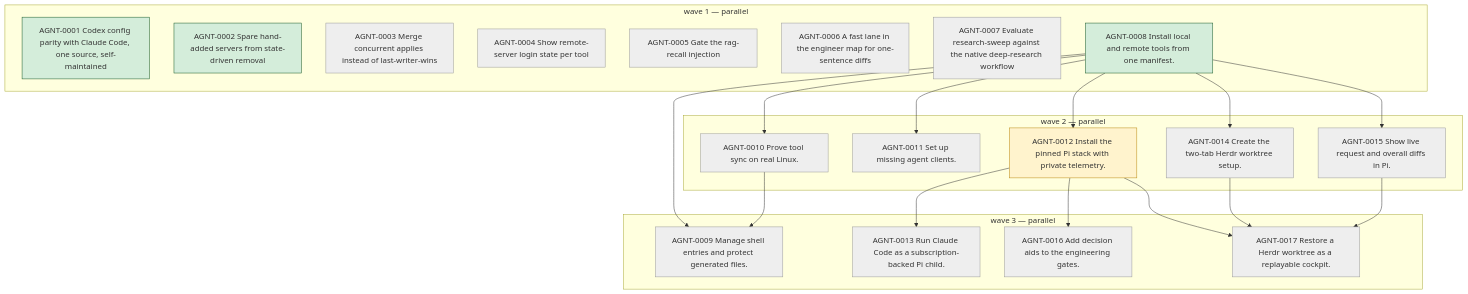
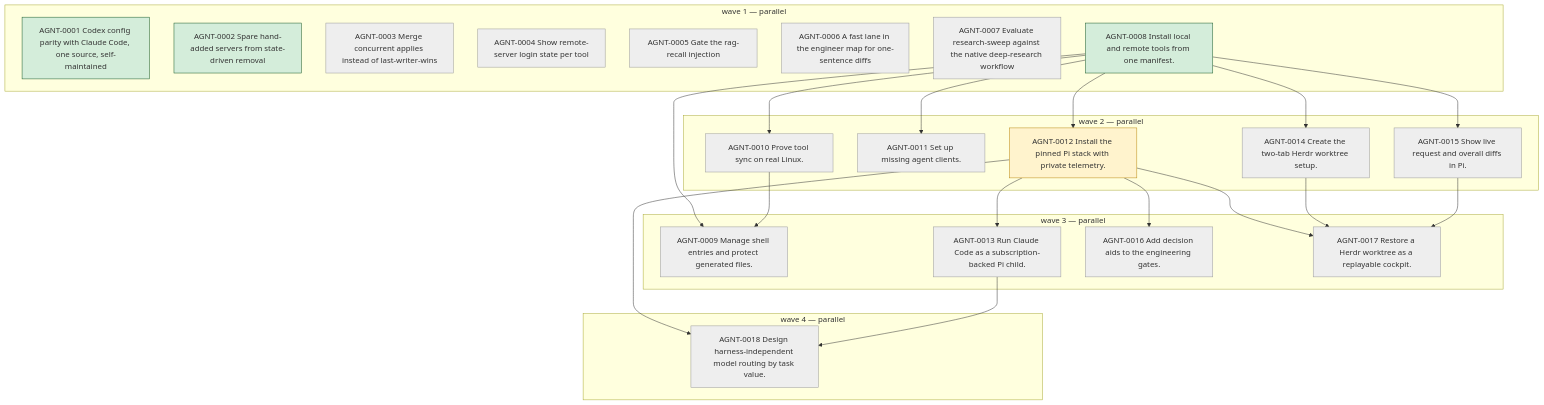
The diagram in .map/roadmap.mmd (OwaisQuadri/agents), drawn with Mermaid before and after one commit. The commit also changed 1 other file, not shown here.

Commit message:
map(AGNT-0012): phase 22 tickets

```diff
--- a/.map/roadmap.mmd
+++ b/.map/roadmap.mmd
@@ -1,41 +1,46 @@
 flowchart TD
   classDef todo fill:#eeeeee,stroke:#999999
   classDef inprogress fill:#fff3cd,stroke:#b8860b
   classDef resolved fill:#cce5ff,stroke:#004085
   classDef done fill:#d4edda,stroke:#155724
   classDef cancelled fill:#f8d7da,stroke:#721c24,stroke-dasharray: 5 5
   subgraph wave1 ["wave 1 — parallel"]
     AGNT_0001["AGNT-0001 Codex config parity with Claude Code, one source, self-maintained"]:::done
     AGNT_0002["AGNT-0002 Spare hand-added servers from state-driven removal"]:::done
     AGNT_0003["AGNT-0003 Merge concurrent applies instead of last-writer-wins"]:::todo
     AGNT_0004["AGNT-0004 Show remote-server login state per tool"]:::todo
     AGNT_0005["AGNT-0005 Gate the rag-recall injection"]:::todo
     AGNT_0006["AGNT-0006 A fast lane in the engineer map for one-sentence diffs"]:::todo
     AGNT_0007["AGNT-0007 Evaluate research-sweep against the native deep-research workflow"]:::todo
     AGNT_0008["AGNT-0008 Install local and remote tools from one manifest."]:::done
   end
   subgraph wave2 ["wave 2 — parallel"]
     AGNT_0010["AGNT-0010 Prove tool sync on real Linux."]:::todo
     AGNT_0011["AGNT-0011 Set up missing agent clients."]:::todo
     AGNT_0012["AGNT-0012 Install the pinned Pi stack with private telemetry."]:::inprogress
     AGNT_0014["AGNT-0014 Create the two-tab Herdr worktree setup."]:::todo
     AGNT_0015["AGNT-0015 Show live request and overall diffs in Pi."]:::todo
   end
   subgraph wave3 ["wave 3 — parallel"]
     AGNT_0009["AGNT-0009 Manage shell entries and protect generated files."]:::todo
     AGNT_0013["AGNT-0013 Run Claude Code as a subscription-backed Pi child."]:::todo
     AGNT_0016["AGNT-0016 Add decision aids to the engineering gates."]:::todo
     AGNT_0017["AGNT-0017 Restore a Herdr worktree as a replayable cockpit."]:::todo
   end
+  subgraph wave4 ["wave 4 — parallel"]
+    AGNT_0018["AGNT-0018 Design harness-independent model routing by task value."]:::todo
+  end
   AGNT_0008 --> AGNT_0009
   AGNT_0010 --> AGNT_0009
   AGNT_0008 --> AGNT_0010
   AGNT_0008 --> AGNT_0011
   AGNT_0008 --> AGNT_0012
   AGNT_0012 --> AGNT_0013
   AGNT_0008 --> AGNT_0014
   AGNT_0008 --> AGNT_0015
   AGNT_0012 --> AGNT_0016
   AGNT_0012 --> AGNT_0017
   AGNT_0014 --> AGNT_0017
   AGNT_0015 --> AGNT_0017
+  AGNT_0012 --> AGNT_0018
+  AGNT_0013 --> AGNT_0018
```
